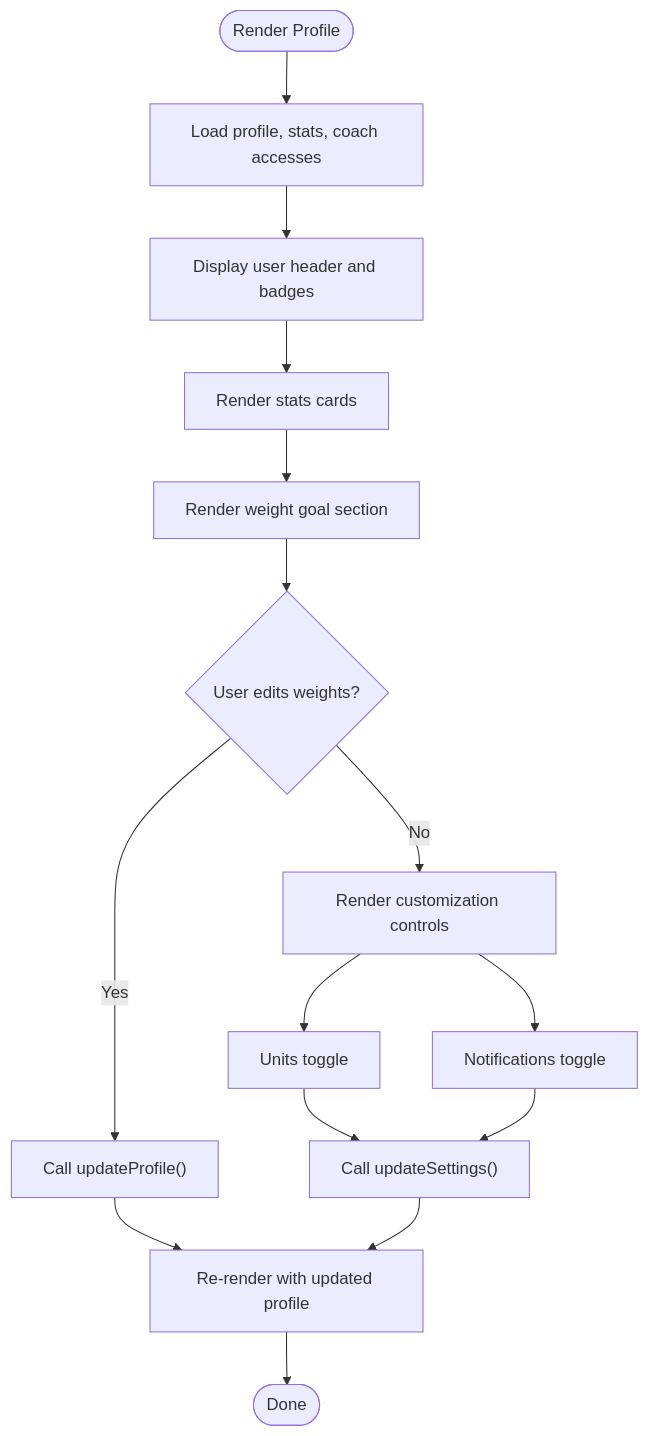
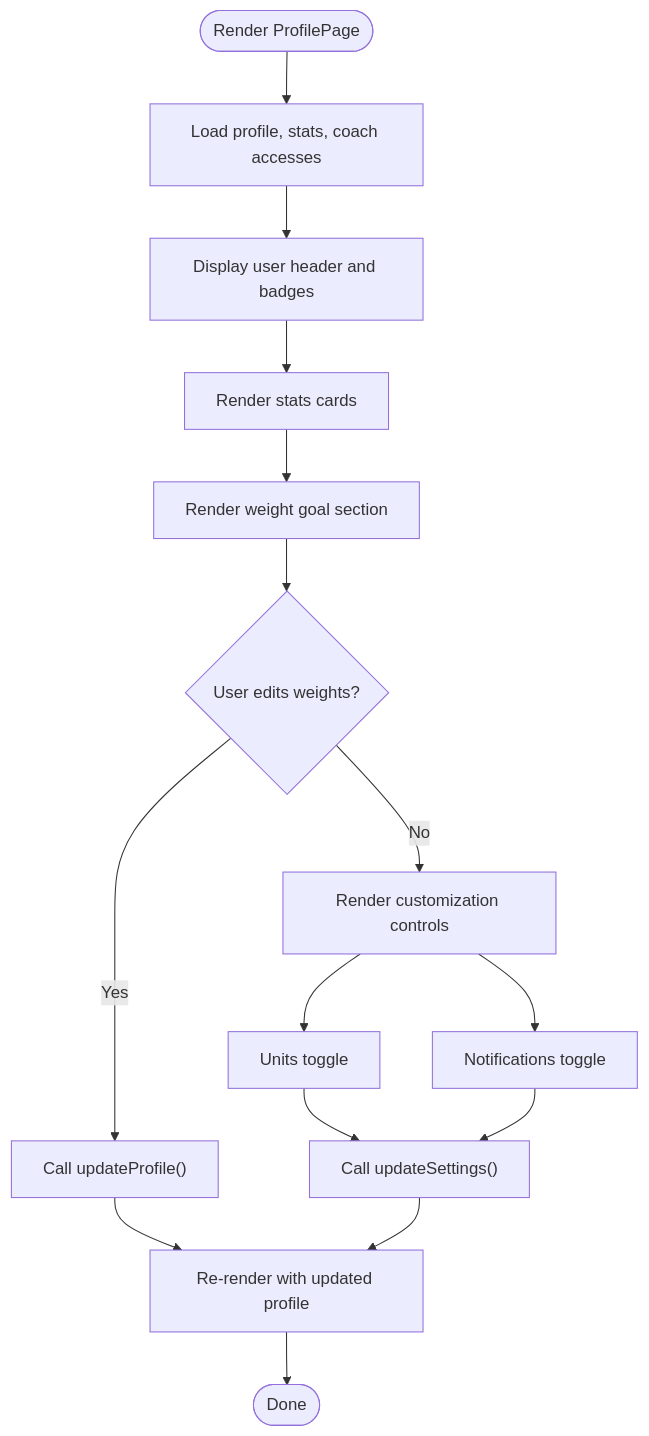
The third of 7 diagrams in .qoder/repowiki/en/content/Frontend Component Architecture/Page Components/Profile Page.md (nilsnavi/fit_trackerpro), drawn with Mermaid before and after one commit. The commit also changed other lines of this file and 9 other files, not shown here.

First line of the commit message:
Профиль: один экран ProfilePage и актуализация документации qoder

````diff
--- a/.qoder/repowiki/en/content/Frontend Component Architecture/Page Components/Profile Page.md
+++ b/.qoder/repowiki/en/content/Frontend Component Architecture/Page Components/Profile Page.md
@@ -193,17 +181,17 @@
 ```mermaid
 flowchart TD
-Start(["Render Profile"]) --> LoadData["Load profile, stats, coach accesses"]
+Start(["Render ProfilePage"]) --> LoadData["Load profile, stats, coach accesses"]
 LoadData --> DisplayHeader["Display user header and badges"]
 DisplayHeader --> StatsGrid["Render stats cards"]
 StatsGrid --> WeightGoal["Render weight goal section"]
 WeightGoal --> EditWeights{"User edits weights?"}
 EditWeights --> |Yes| UpdateProfile["Call updateProfile()"]
 EditWeights --> |No| Customization["Render customization controls"]
 UpdateProfile --> Refresh["Re-render with updated profile"]
 Customization --> UnitsToggle["Units toggle"]
 Customization --> NotificationsToggle["Notifications toggle"]
 UnitsToggle --> SaveSettings["Call updateSettings()"]
 NotificationsToggle --> SaveSettings
 SaveSettings --> Refresh
 Refresh --> End(["Done"])
 ```
````
